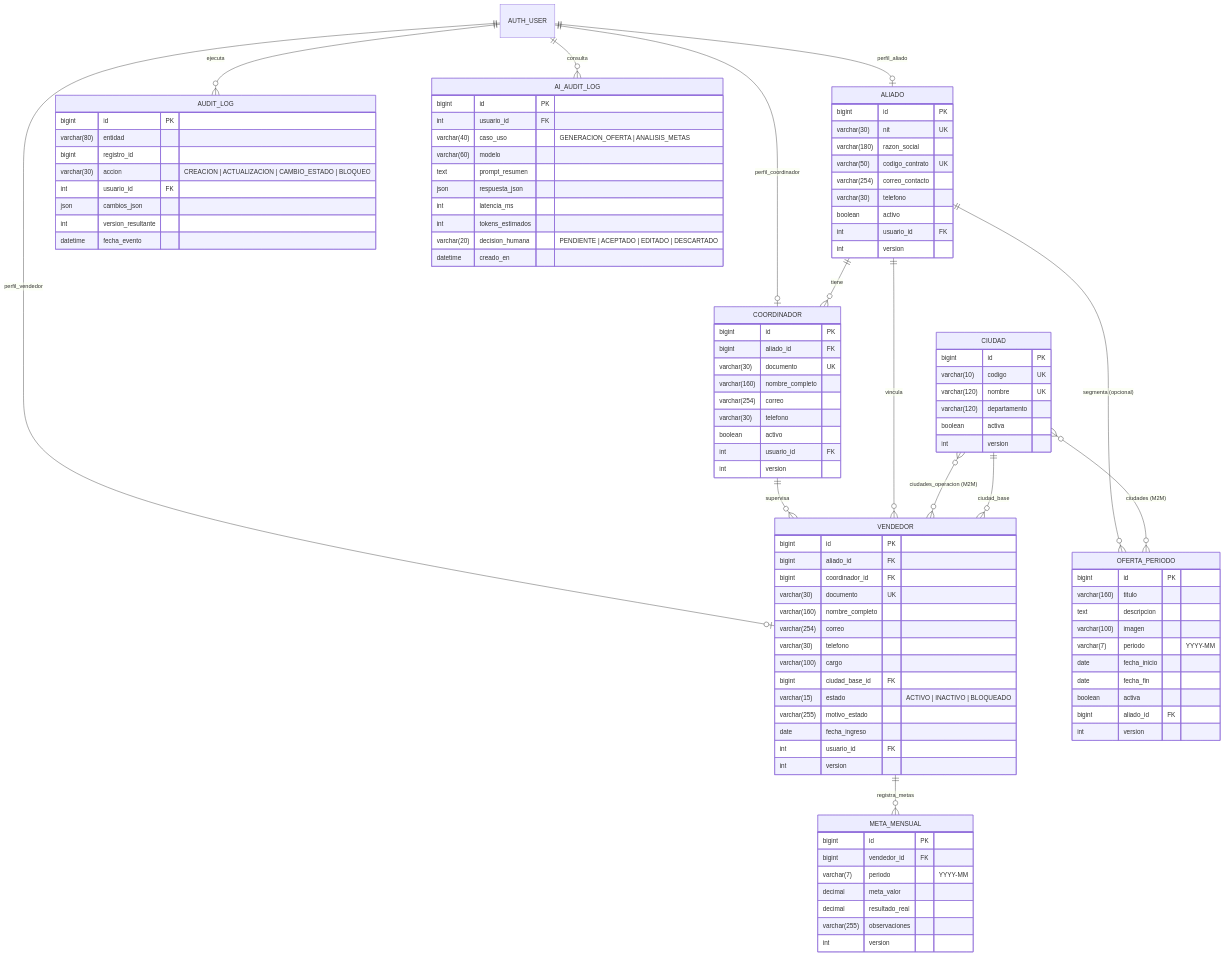
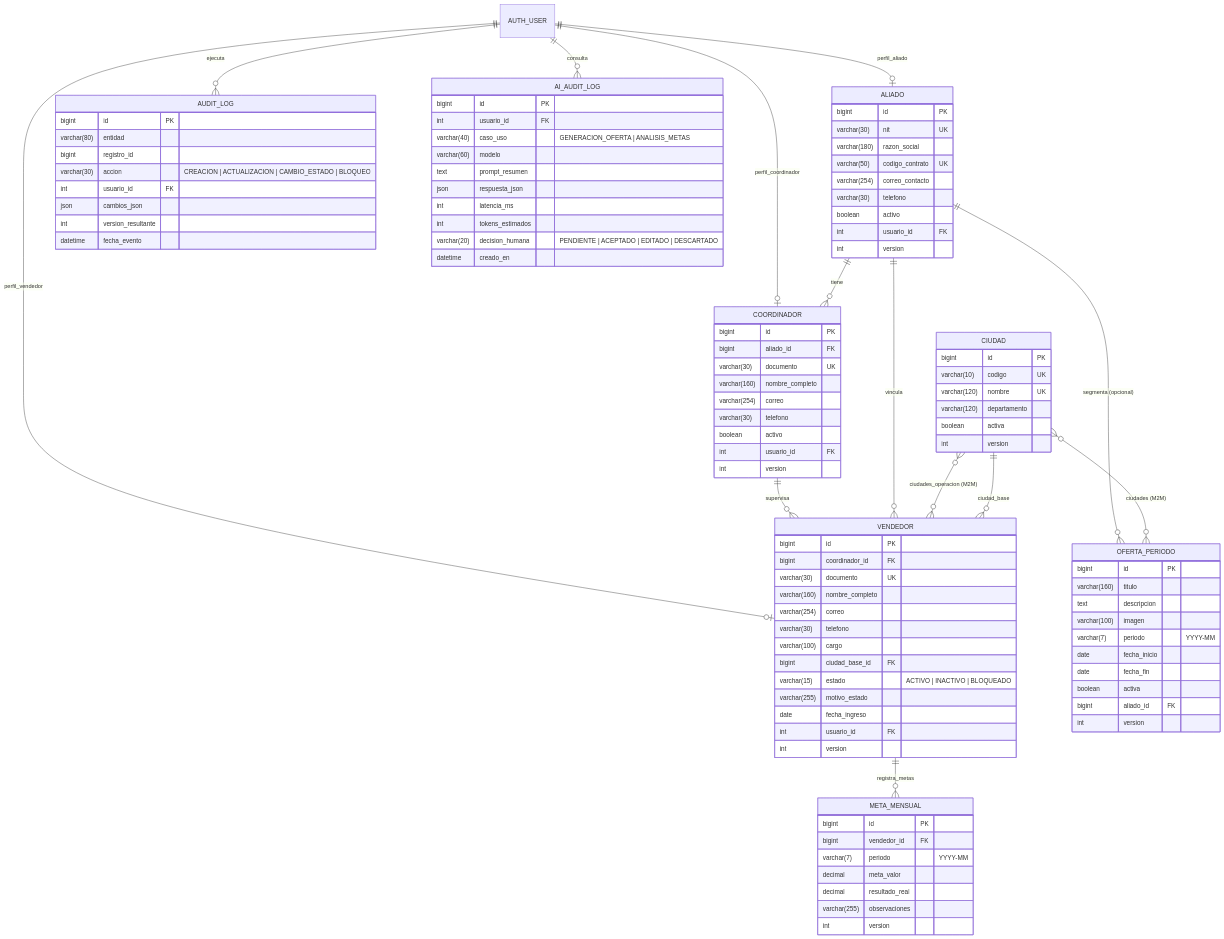
Before and after one commit to jekser09/Prueba-tecnica-verla-sas-Johand-Castro: the diagram in docs/DATA_MODEL.md, drawn with Mermaid. The commit also changed other lines of this file and 46 other files, not shown here.

```diff
--- a/docs/DATA_MODEL.md
+++ b/docs/DATA_MODEL.md
@@ -66,7 +66,6 @@
 
     VENDEDOR {
         bigint id PK
-        bigint aliado_id FK
         bigint coordinador_id FK
         varchar(30) documento UK
         varchar(160) nombre_completo
```
